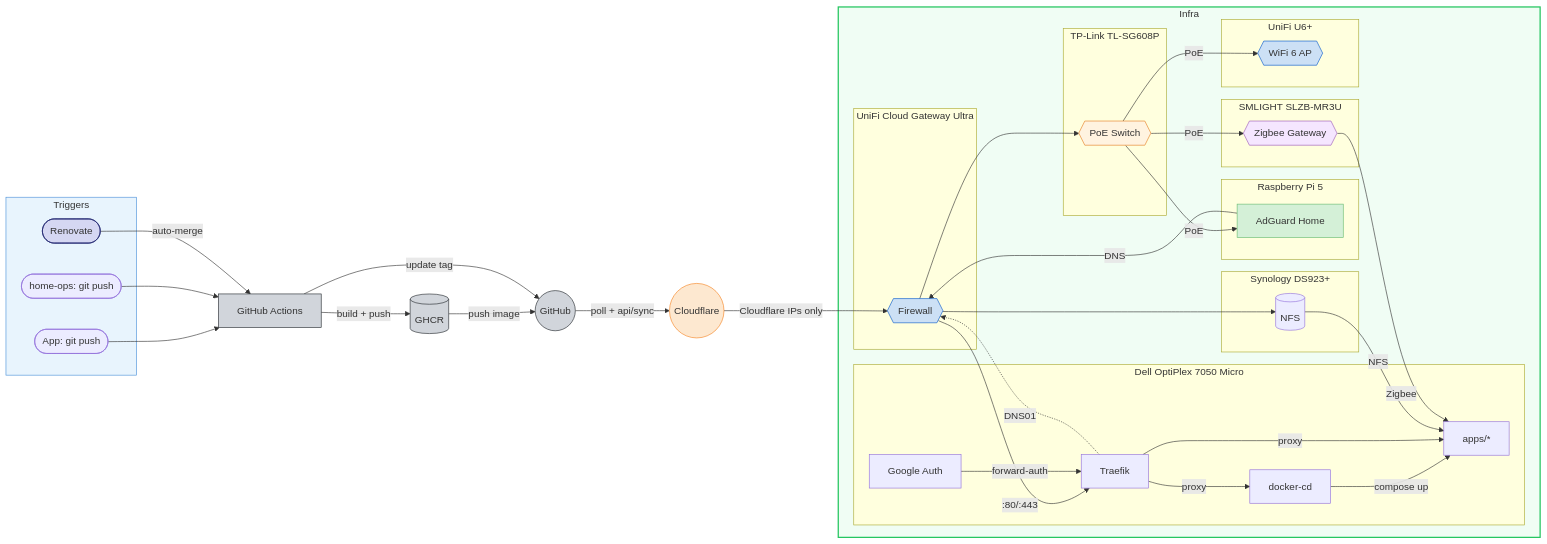
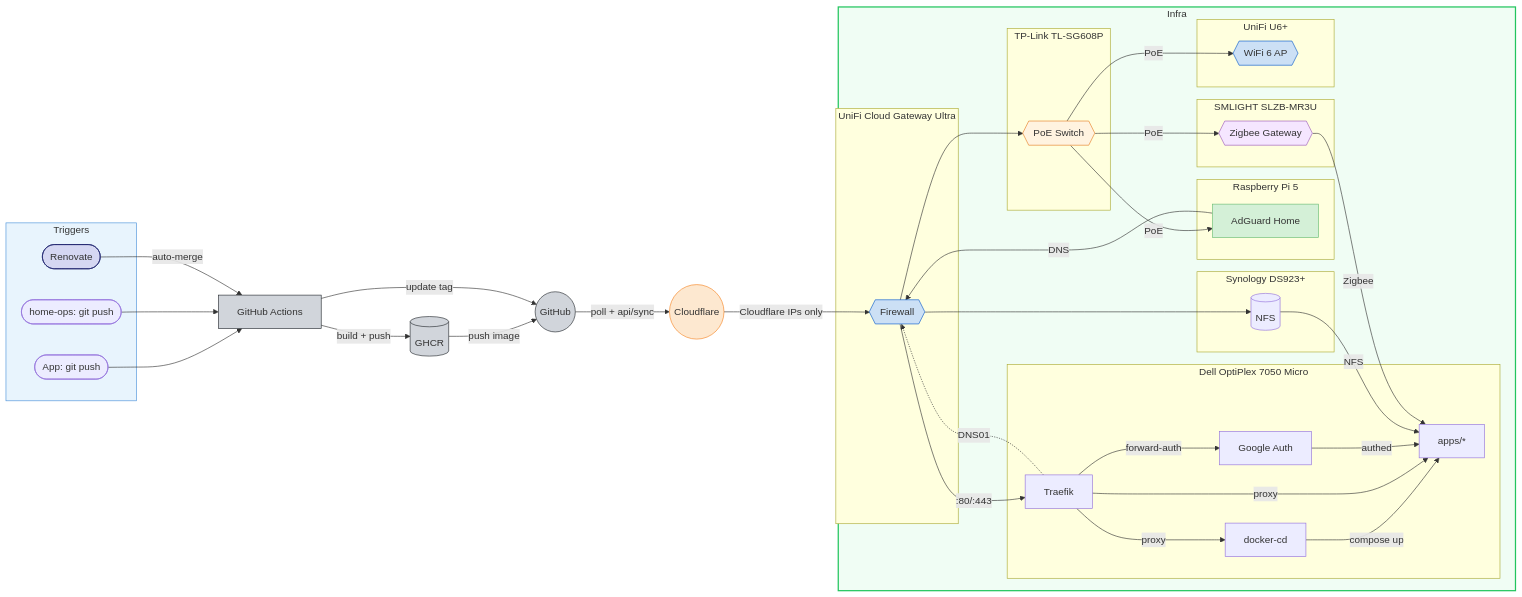
Before and after one commit to wajeht/home-ops: the diagram in README.md, drawn with Mermaid.

Commit message:
docs: update architecture diagram for clarity

````diff
--- a/README.md
+++ b/README.md
@@ -16,71 +16,71 @@
 ```mermaid
 flowchart LR
     subgraph triggers[Triggers]
         app_push([App: git push])
         ops_push([home-ops: git push])
         renovate([Renovate])
     end
 
     app_push --> ci[GitHub Actions] -->|build + push| ghcr[(GHCR)]
     ghcr -->|push image| github((GitHub))
     ci -->|update tag| github
     ops_push --> ci
     renovate -->|auto-merge| ci
     github -->|poll + api/sync | cf((Cloudflare)) -->|Cloudflare IPs only| unifi -->|:80/:443| traefik -->|proxy| docker_cd
 
     subgraph infra[Infra]
         subgraph dell[Dell OptiPlex 7050 Micro]
             docker_cd[docker-cd] -->|compose up| apps[apps/*]
             traefik[Traefik] -->|proxy| apps
-            google_auth[Google Auth] -->|forward-auth| traefik
+            traefik -->|forward-auth| google_auth[Google Auth] -->|authed| apps
         end
 
         subgraph nas[Synology DS923+]
             nfs[(NFS)]
         end
 
         subgraph ucg[UniFi Cloud Gateway Ultra]
             unifi{{Firewall}}
         end
 
         subgraph pi[Raspberry Pi 5]
             adguard[AdGuard Home]
         end
 
         subgraph slzb[SMLIGHT SLZB-MR3U]
             zigbee{{Zigbee Gateway}}
         end
 
         subgraph tplink[TP-Link TL-SG608P]
             poe{{PoE Switch}}
         end
 
         subgraph u6[UniFi U6+]
             ap{{WiFi 6 AP}}
         end
 
         nfs -->|NFS| apps
         adguard -->|DNS| unifi
         unifi --> nfs
         unifi --> poe
         poe -->|PoE| zigbee
         poe -->|PoE| adguard
         poe -->|PoE| ap
         zigbee -->|Zigbee| apps
     end
 
     traefik -.->|DNS01| unifi
 
     style triggers fill:#e8f4fd,stroke:#4a90d9
     style infra fill:#f0fdf4,stroke:#22c55e,stroke-width:2px
     style cf fill:#fde8d0,stroke:#f6821f,color:#333
     style github fill:#d1d5db,stroke:#24292e,color:#333
     style ghcr fill:#d1d5db,stroke:#24292e,color:#333
     style ci fill:#d1d5db,stroke:#24292e,color:#333
     style renovate fill:#d5d7f2,stroke:#1a1f6c,color:#333
     style adguard fill:#d4f0d7,stroke:#68bc71,color:#333
     style unifi fill:#cce0f5,stroke:#0559c9,color:#333
     style zigbee fill:#f5e6ff,stroke:#9b59b6,color:#333
     style poe fill:#fff3e0,stroke:#e67e22,color:#333
     style ap fill:#cce0f5,stroke:#0559c9,color:#333
 ```
````
